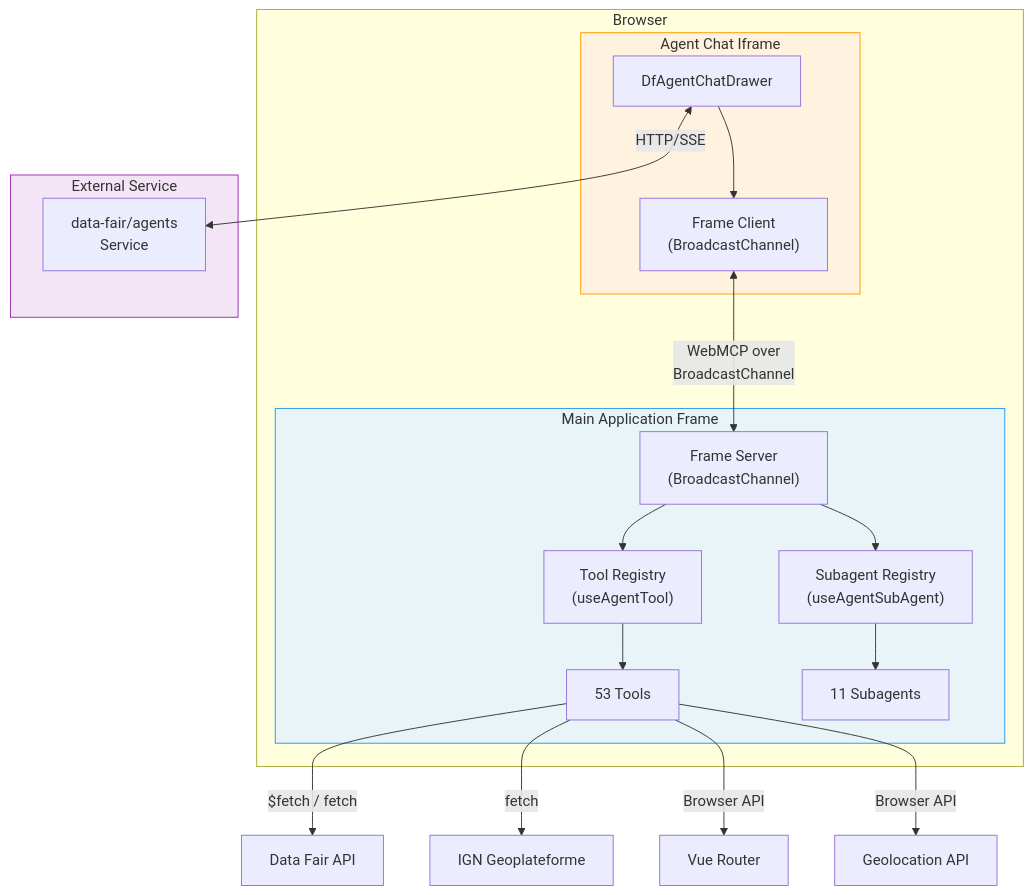
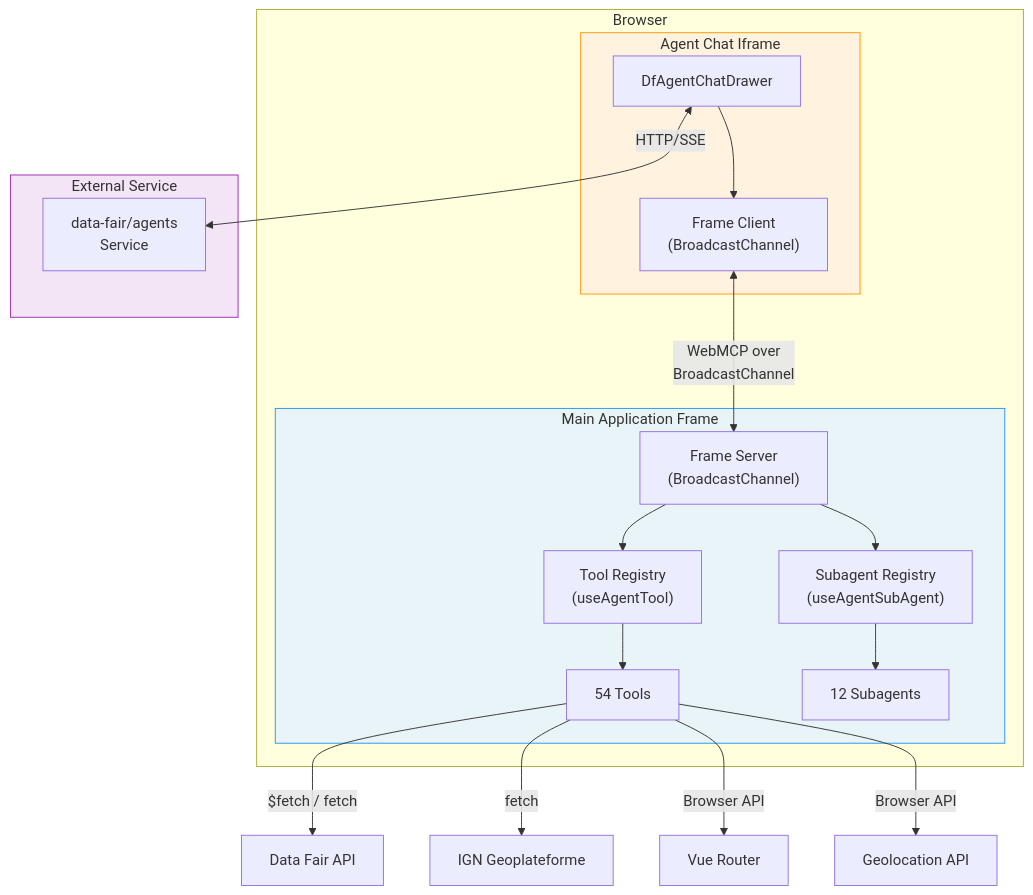
The first of 3 diagrams in docs/architecture/agent-integration.md (data-fair/data-fair), drawn with Mermaid before and after one commit. The commit also changed other lines of this file and 95 other files, not shown here.

````diff
--- a/docs/architecture/agent-integration.md
+++ b/docs/architecture/agent-integration.md
@@ -37,34 +37,34 @@
 ```mermaid
 graph TB
     subgraph Browser
         subgraph MainFrame["Main Application Frame"]
             FS["Frame Server<br/>(BroadcastChannel)"]
             TR["Tool Registry<br/>(useAgentTool)"]
             SR["Subagent Registry<br/>(useAgentSubAgent)"]
-            Tools["53 Tools"]
-            SubAgents["11 Subagents"]
+            Tools["54 Tools"]
+            SubAgents["12 Subagents"]
             TR --> Tools
             SR --> SubAgents
             FS --> TR
             FS --> SR
         end
         subgraph ChatIframe["Agent Chat Iframe"]
             CD["DfAgentChatDrawer"]
             FC["Frame Client<br/>(BroadcastChannel)"]
             CD --> FC
         end
         FC <-->|"WebMCP over<br/>BroadcastChannel"| FS
     end
     subgraph External["External Service"]
         AS["data-fair/agents<br/>Service"]
     end
     CD <-->|"HTTP/SSE"| AS
     Tools -->|"$fetch / fetch"| API["Data Fair API"]
     Tools -->|"fetch"| GEO["IGN Geoplateforme"]
     Tools -->|"Browser API"| NAV["Vue Router"]
     Tools -->|"Browser API"| GEOLOC["Geolocation API"]
 
     style MainFrame fill:#e8f4f8,stroke:#2196F3
     style ChatIframe fill:#fff3e0,stroke:#FF9800
     style External fill:#f3e5f5,stroke:#9C27B0
 ```
````
